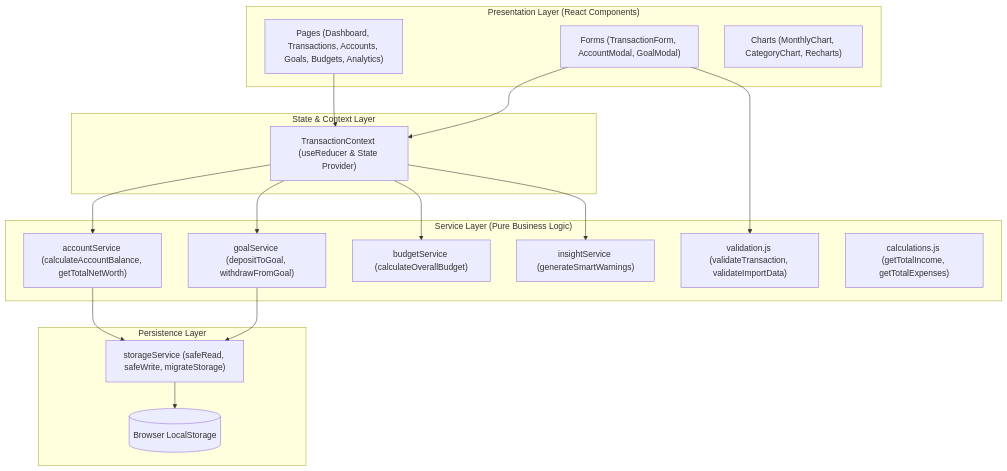
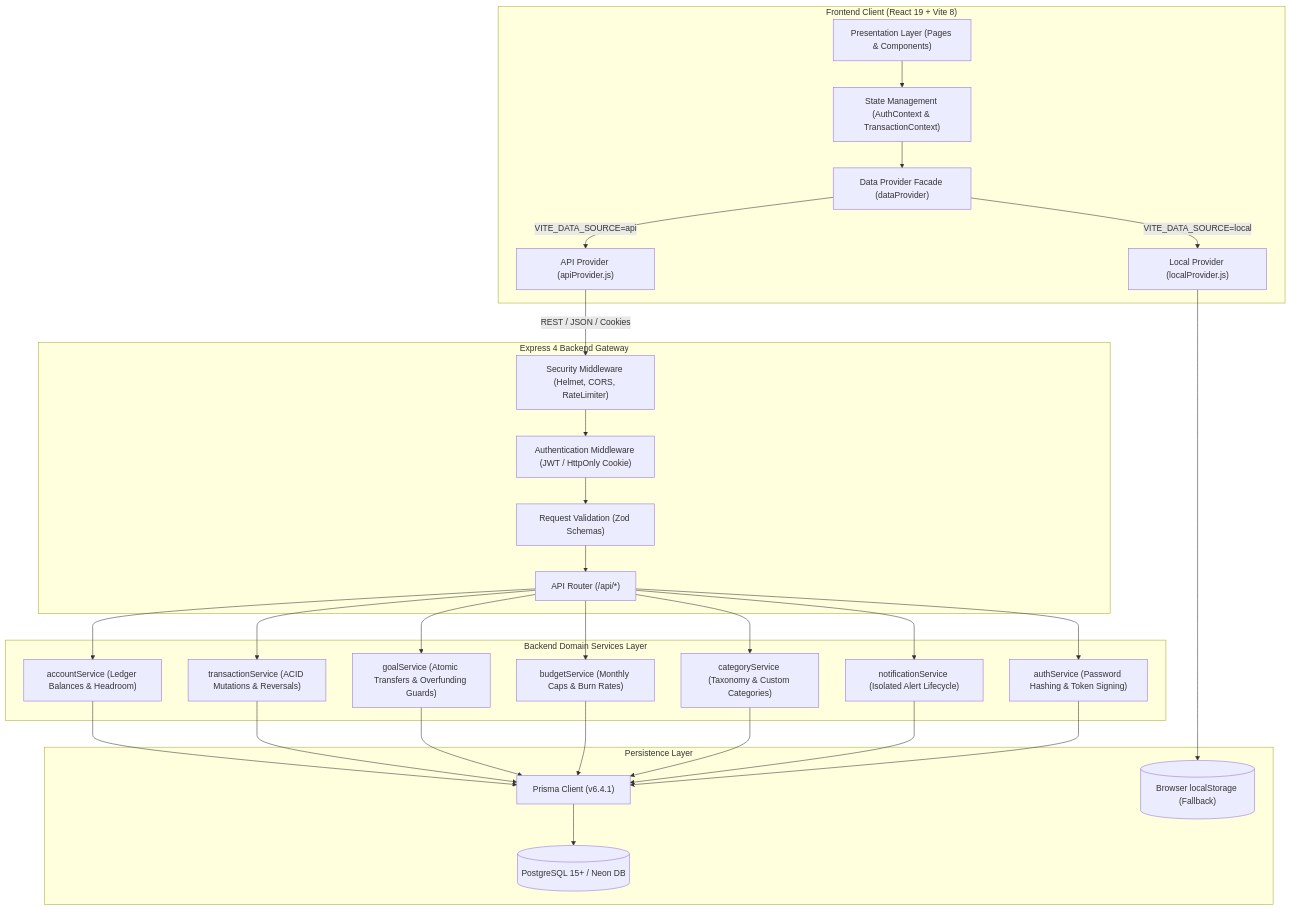
One commit to sandip234-ui/ExpenseTracker changed the first of 5 diagrams in README.md. Above: the diagram before and after it, drawn with Mermaid. The commit also changed other lines of this file, not shown here.

````diff
--- a/README.md
+++ b/README.md
@@ -96,37 +145,62 @@
 ```mermaid
 graph TD
-    subgraph UI_Layer ["Presentation Layer (React Components)"]
-        Pages["Pages (Dashboard, Transactions, Accounts, Goals, Budgets, Analytics)"]
-        Forms["Forms (TransactionForm, AccountModal, GoalModal)"]
-        Charts["Charts (MonthlyChart, CategoryChart, Recharts)"]
+    subgraph Client ["Frontend Client (React 19 + Vite 8)"]
+        UI["Presentation Layer (Pages & Components)"]
+        Ctx["State Management (AuthContext & TransactionContext)"]
+        Facade["Data Provider Facade (dataProvider)"]
+        ApiProv["API Provider (apiProvider.js)"]
+        LocProv["Local Provider (localProvider.js)"]
     end
 
-    subgraph State_Layer ["State & Context Layer"]
-        TxnContext["TransactionContext (useReducer & State Provider)"]
+    subgraph Gateway ["Express 4 Backend Gateway"]
+        MW_Sec["Security Middleware (Helmet, CORS, RateLimiter)"]
+        MW_Auth["Authentication Middleware (JWT / HttpOnly Cookie)"]
+        MW_Val["Request Validation (Zod Schemas)"]
+        Router["API Router (/api/*)"]
     end
 
-    subgraph Service_Layer ["Service Layer (Pure Business Logic)"]
-        AccService["accountService (calculateAccountBalance, getTotalNetWorth)"]
-        GoalService["goalService (depositToGoal, withdrawFromGoal)"]
-        BdgService["budgetService (calculateOverallBudget)"]
-        InsService["insightService (generateSmartWarnings)"]
-        ValUtils["validation.js (validateTransaction, validateImportData)"]
-        CalcUtils["calculations.js (getTotalIncome, getTotalExpenses)"]
+    subgraph CoreServices ["Backend Domain Services Layer"]
+        AccSvc["accountService (Ledger Balances & Headroom)"]
+        TxnSvc["transactionService (ACID Mutations & Reversals)"]
+        GoalSvc["goalService (Atomic Transfers & Overfunding Guards)"]
+        BdgSvc["budgetService (Monthly Caps & Burn Rates)"]
+        CatSvc["categoryService (Taxonomy & Custom Categories)"]
+        NotifSvc["notificationService (Isolated Alert Lifecycle)"]
+        AuthSvc["authService (Password Hashing & Token Signing)"]
     end
 
-    subgraph Storage_Layer ["Persistence Layer"]
-        StorageService["storageService (safeRead, safeWrite, migrateStorage)"]
-        LocalStorage[("Browser LocalStorage")]
+    subgraph DataStore ["Persistence Layer"]
+        PrismaClient["Prisma Client (v6.4.1)"]
+        DB[(PostgreSQL 15+ / Neon DB)]
+        LStorage[("Browser localStorage (Fallback)")]
     end
 
-    Pages --> TxnContext
-    Forms --> ValUtils
-    Forms --> TxnContext
-    TxnContext --> AccService
-    TxnContext --> GoalService
-    TxnContext --> BdgService
-    TxnContext --> InsService
-    AccService --> StorageService
-    GoalService --> StorageService
-    StorageService --> LocalStorage
+    UI --> Ctx
+    Ctx --> Facade
+    Facade -->|VITE_DATA_SOURCE=api| ApiProv
+    Facade -->|VITE_DATA_SOURCE=local| LocProv
+    LocProv --> LStorage
+
+    ApiProv -->|REST / JSON / Cookies| MW_Sec
+    MW_Sec --> MW_Auth
+    MW_Auth --> MW_Val
+    MW_Val --> Router
+
+    Router --> AccSvc
+    Router --> TxnSvc
+    Router --> GoalSvc
+    Router --> BdgSvc
+    Router --> CatSvc
+    Router --> NotifSvc
+    Router --> AuthSvc
+
+    AccSvc --> PrismaClient
+    TxnSvc --> PrismaClient
+    GoalSvc --> PrismaClient
+    BdgSvc --> PrismaClient
+    CatSvc --> PrismaClient
+    NotifSvc --> PrismaClient
+    AuthSvc --> PrismaClient
+
+    PrismaClient --> DB
 ```
````
